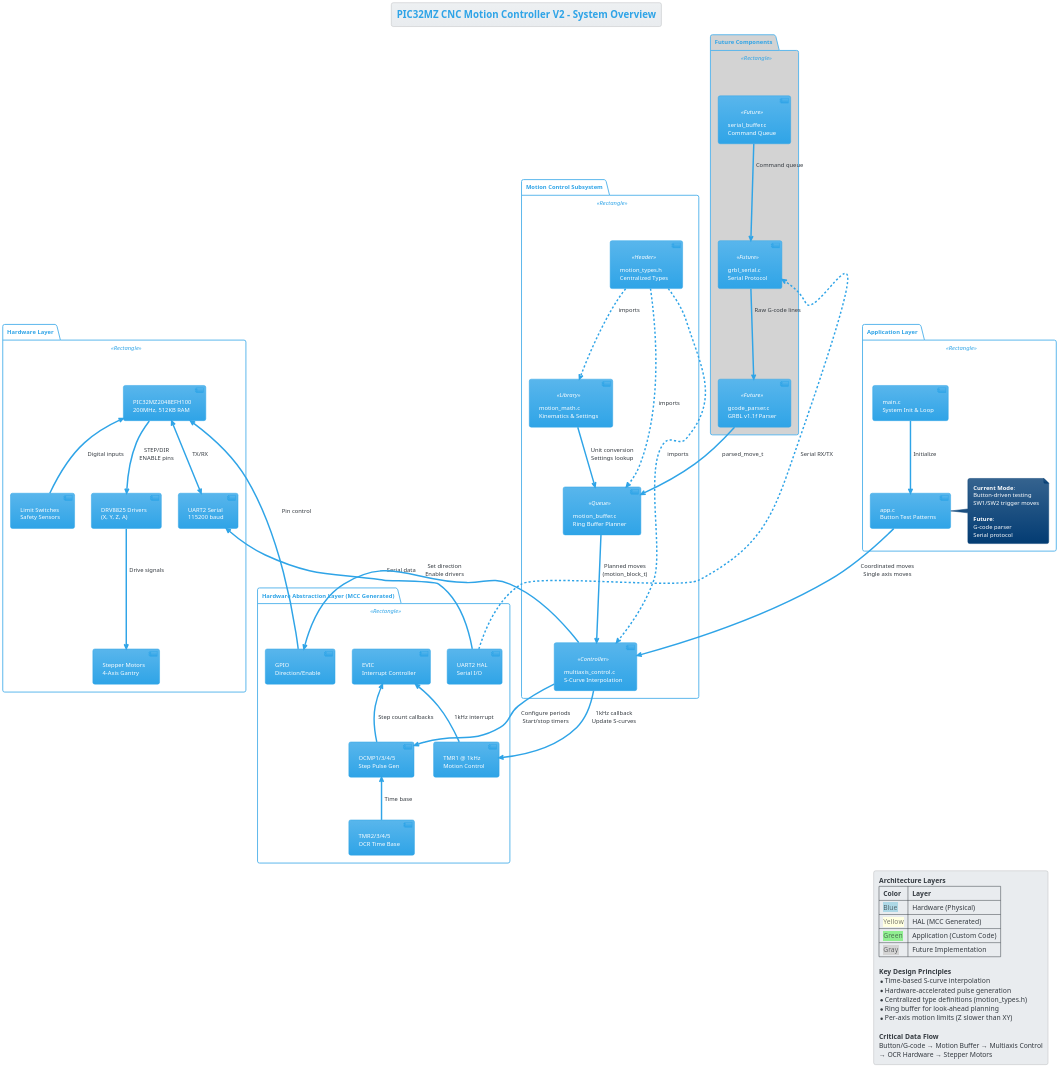
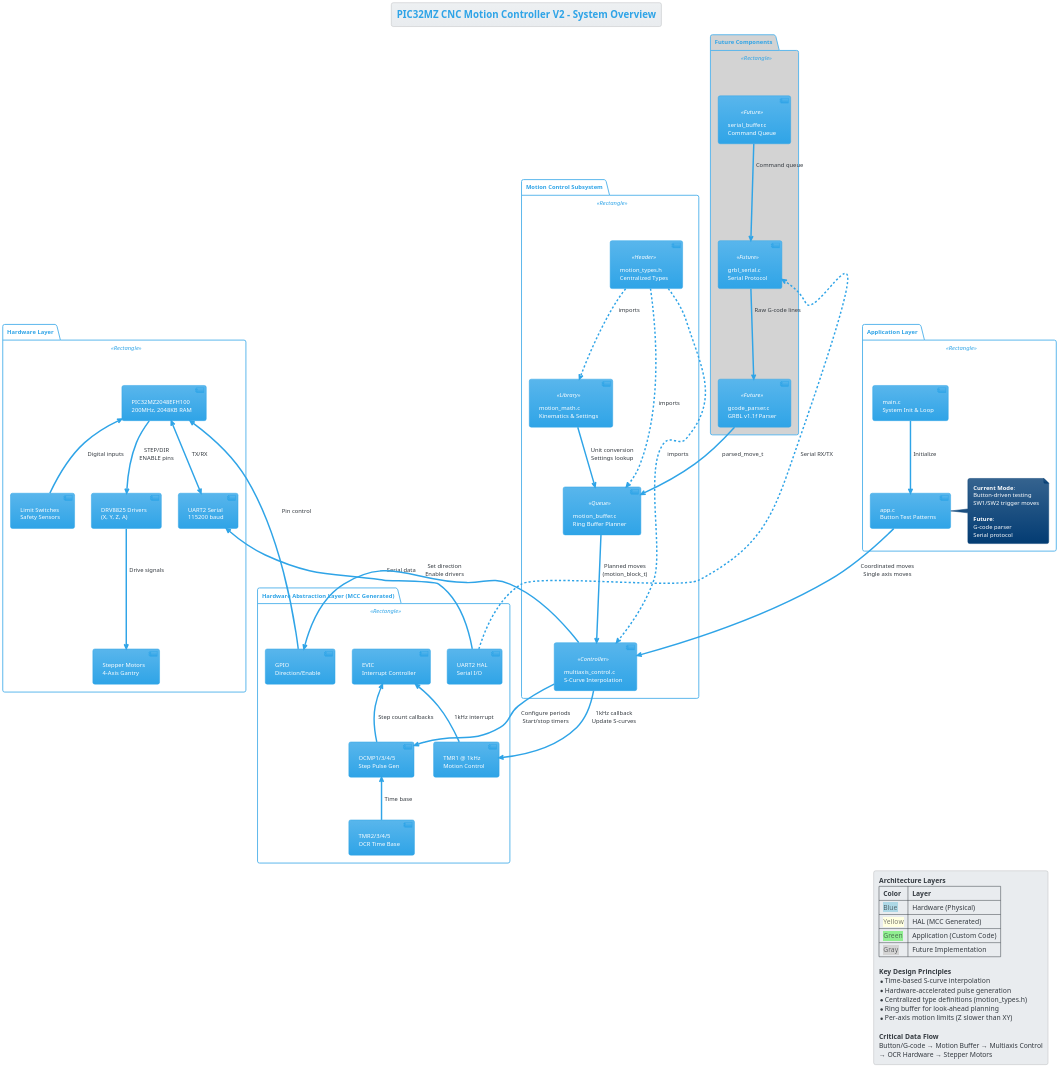
One commit to Davec6505/Pic32mzCNC_V2 changed the diagram in docs/plantuml/01_system_overview.puml. Above: the diagram before and after it, drawn with PlantUML. The commit also changed 10 other files, not shown here.

Commit message:
Added PlantUML diagramsm to understand complexity of application.

```diff
--- a/docs/plantuml/01_system_overview.puml
+++ b/docs/plantuml/01_system_overview.puml
@@ -1,132 +1,132 @@
 @startuml
 !theme cerulean
 title PIC32MZ CNC Motion Controller V2 - System Overview
 scale 1.5
 
 ' ============================================================================
 ' HARDWARE LAYER
 ' ============================================================================
 package "Hardware Layer" <<Rectangle>> {
-  component [PIC32MZ2048EFH100\n200MHz, 512KB RAM] as MCU
+  component [PIC32MZ2048EFH100\n200MHz, 2048KB RAM] as MCU
   component [DRV8825 Drivers\n(X, Y, Z, A)] as Drivers
   component [Stepper Motors\n4-Axis Gantry] as Motors
   component [Limit Switches\nSafety Sensors] as Limits
   component [UART2 Serial\n115200 baud] as Serial
 }
 
 ' ============================================================================
 ' FIRMWARE LAYER - HARDWARE ABSTRACTION
 ' ============================================================================
 package "Hardware Abstraction Layer (MCC Generated)" <<Rectangle>> {
   component [TMR1 @ 1kHz\nMotion Control] as TMR1
   component [OCMP1/3/4/5\nStep Pulse Gen] as OCR
   component [TMR2/3/4/5\nOCR Time Base] as TMR_OCR
   component [GPIO\nDirection/Enable] as GPIO
   component [UART2 HAL\nSerial I/O] as UART
   component [EVIC\nInterrupt Controller] as EVIC
 }
 
 ' ============================================================================
 ' FIRMWARE LAYER - MOTION SUBSYSTEM
 ' ============================================================================
 package "Motion Control Subsystem" <<Rectangle>> {
   component [motion_types.h\nCentralized Types] as Types <<Header>>
   component [motion_math.c\nKinematics & Settings] as MathLib <<Library>>
   component [motion_buffer.c\nRing Buffer Planner] as Buffer <<Queue>>
   component [multiaxis_control.c\nS-Curve Interpolation] as Motion <<Controller>>
 }
 
 ' ============================================================================
 ' FIRMWARE LAYER - APPLICATION
 ' ============================================================================
 package "Application Layer" <<Rectangle>> {
   component [app.c\nButton Test Patterns] as App
   component [main.c\nSystem Init & Loop] as Main
   note right of App
     **Current Mode**:
     Button-driven testing
     SW1/SW2 trigger moves
     
     **Future**:
     G-code parser
     Serial protocol
   end note
 }
 
 ' ============================================================================
 ' FUTURE COMPONENTS (Planned)
 ' ============================================================================
 package "Future Components" <<Rectangle>> #LightGray {
   component [gcode_parser.c\nGRBL v1.1f Parser] as Parser <<Future>>
   component [grbl_serial.c\nSerial Protocol] as Protocol <<Future>>
   component [serial_buffer.c\nCommand Queue] as SerialBuf <<Future>>
 }
 
 ' ============================================================================
 ' RELATIONSHIPS - Hardware Connections
 ' ============================================================================
 MCU -down-> Drivers : STEP/DIR\nENABLE pins
 Drivers -down-> Motors : Drive signals
 Limits -up-> MCU : Digital inputs
 Serial <-up-> MCU : TX/RX
 
 ' ============================================================================
 ' RELATIONSHIPS - HAL to Hardware
 ' ============================================================================
 TMR1 -up-> EVIC : 1kHz interrupt
 OCR -up-> EVIC : Step count callbacks
 TMR_OCR -up-> OCR : Time base
 GPIO -up-> MCU : Pin control
 UART -up-> Serial : Serial data
 
 ' ============================================================================
 ' RELATIONSHIPS - Motion Subsystem
 ' ============================================================================
 Types .down.> MathLib : imports
 Types .down.> Buffer : imports
 Types .down.> Motion : imports
 
 MathLib -down-> Buffer : Unit conversion\nSettings lookup
 Buffer -down-> Motion : Planned moves\n(motion_block_t)
 Motion -down-> OCR : Configure periods\nStart/stop timers
 Motion -down-> GPIO : Set direction\nEnable drivers
 Motion -up-> TMR1 : 1kHz callback\nUpdate S-curves
 
 ' ============================================================================
 ' RELATIONSHIPS - Application Layer
 ' ============================================================================
 Main -down-> App : Initialize
 App -down-> Motion : Coordinated moves\nSingle axis moves
 
 ' ============================================================================
 ' RELATIONSHIPS - Future Integration
 ' ============================================================================
 Protocol -down-> Parser : Raw G-code lines
 Parser -down-> Buffer : parsed_move_t
 SerialBuf -down-> Protocol : Command queue
 UART .right.> Protocol : Serial RX/TX
 
 ' ============================================================================
 ' LEGEND
 ' ============================================================================
 legend right
   **Architecture Layers**
   |= Color |= Layer |
   | <back:lightblue>Blue</back> | Hardware (Physical) |
   | <back:lightyellow>Yellow</back> | HAL (MCC Generated) |
   | <back:lightgreen>Green</back> | Application (Custom Code) |
   | <back:lightgray>Gray</back> | Future Implementation |
   
   **Key Design Principles**
   * Time-based S-curve interpolation
   * Hardware-accelerated pulse generation
   * Centralized type definitions (motion_types.h)
   * Ring buffer for look-ahead planning
   * Per-axis motion limits (Z slower than XY)
   
   **Critical Data Flow**
   Button/G-code → Motion Buffer → Multiaxis Control
   → OCR Hardware → Stepper Motors
 end legend
 
 @enduml
```
